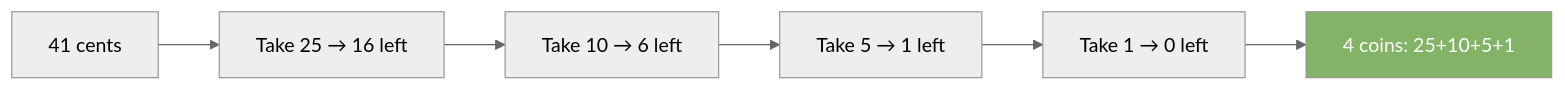
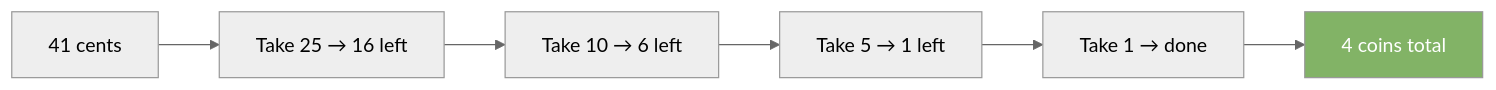
Before and after one commit to valarpirai/software-enginneering: the diagram in docs/43-greedy.md, drawn with Mermaid (neutral theme). The commit also changed other lines of this file and 4 other files, not shown here.

````diff
--- a/docs/43-greedy.md
+++ b/docs/43-greedy.md
@@ -17,9 +24,9 @@
 ```mermaid
 graph LR
     A["41 cents"] --> B["Take 25 → 16 left"]
     B --> C["Take 10 → 6 left"]
     C --> D["Take 5 → 1 left"]
-    D --> E["Take 1 → 0 left"]
-    E --> DONE["4 coins: 25+10+5+1"]
-    style DONE fill:#82b366,color:#fff
+    D --> E["Take 1 → done"]
+    E --> F["4 coins total"]
+    style F fill:#82b366,color:#fff
 ```
````
